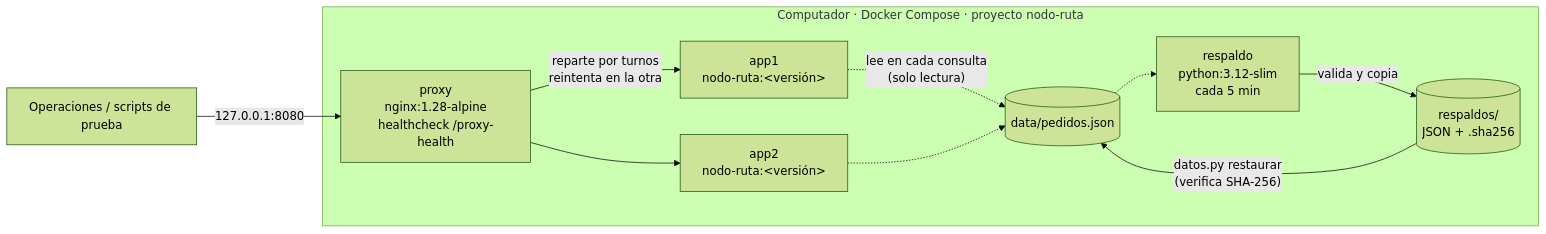
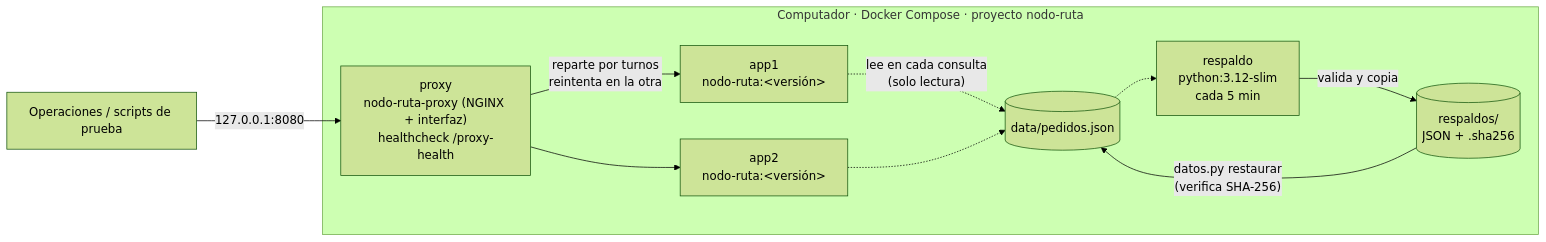
One commit to Cualquiera-INC/proyecto_hackaton_cualquiera_inc changed the first of 2 diagrams in docs/02-arquitectura.md. Above: the diagram before and after it, drawn with Mermaid (forest theme). The commit also changed other lines of this file and 14 other files, not shown here.

First line of the commit message:
feat: servir la interfaz web desde el proxy del stack oficial

````diff
--- a/docs/02-arquitectura.md
+++ b/docs/02-arquitectura.md
@@ -7,19 +7,19 @@
 ```mermaid
 flowchart LR
     U[Operaciones / scripts de prueba] -->|"127.0.0.1:8080"| N
     subgraph PC[Computador · Docker Compose · proyecto nodo-ruta]
-        N["proxy<br/>nginx:1.28-alpine<br/>healthcheck /proxy-health"]
+        N["proxy<br/>nodo-ruta-proxy (NGINX + interfaz)<br/>healthcheck /proxy-health"]
         A1["app1<br/>nodo-ruta:&lt;versión&gt;"]
         A2["app2<br/>nodo-ruta:&lt;versión&gt;"]
         R["respaldo<br/>python:3.12-slim<br/>cada 5 min"]
         D[("data/pedidos.json")]
         B[("respaldos/<br/>JSON + .sha256")]
     end
     N -->|"reparte por turnos<br/>reintenta en la otra"| A1
     N --> A2
     A1 -.->|"lee en cada consulta<br/>(solo lectura)"| D
     A2 -.-> D
     R -->|"valida y copia"| B
     D -.-> R
     B -->|"datos.py restaurar<br/>(verifica SHA-256)"| D
 ```
````
